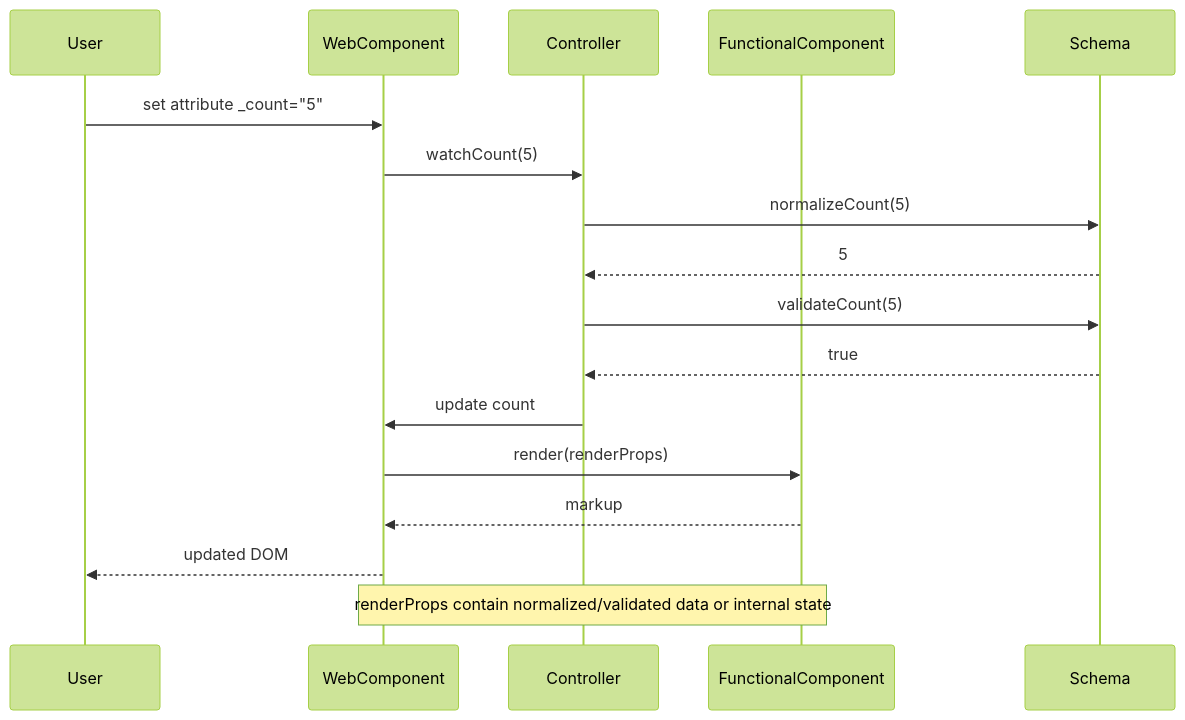
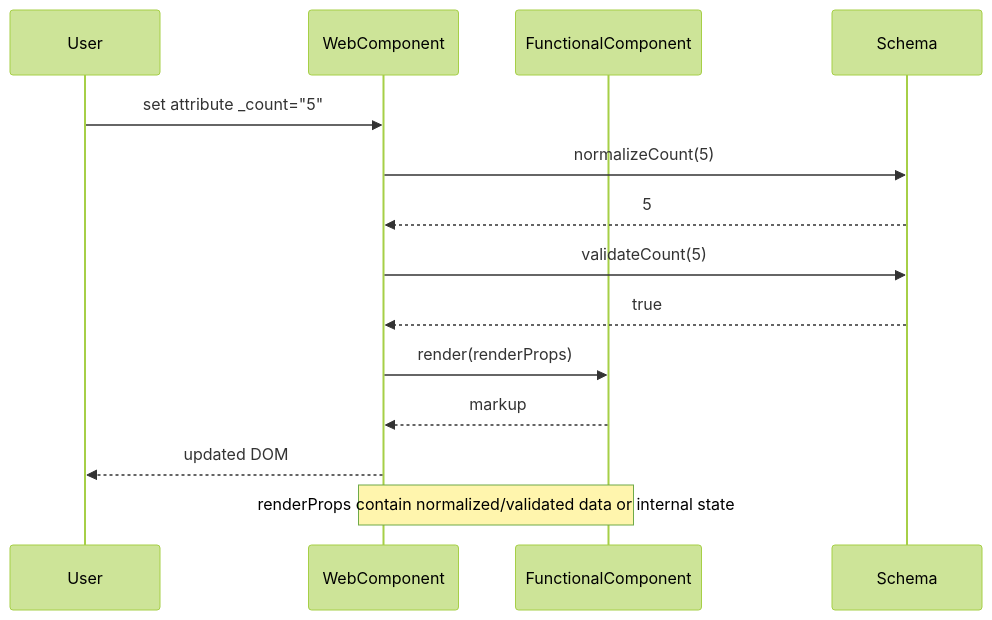
Before and after one commit to deleonio/kolibri: the third of 3 diagrams in packages/components/src/components/_skeleton/ARC42.md, drawn with Mermaid (forest theme). The commit also changed other lines of this file and 6 other files, not shown here.

````diff
--- a/packages/components/src/components/_skeleton/ARC42.md
+++ b/packages/components/src/components/_skeleton/ARC42.md
@@ -142,19 +135,16 @@
 ```mermaid
 sequenceDiagram
     participant U as User
     participant WC as WebComponent
-    participant CTRL as Controller
     participant FC as FunctionalComponent
     participant S as Schema
     U->>WC: set attribute _count="5"
-    WC->>CTRL: watchCount(5)
-    CTRL->>S: normalizeCount(5)
-    S-->>CTRL: 5
-    CTRL->>S: validateCount(5)
-    S-->>CTRL: true
-    CTRL->>WC: update count
+    WC->>S: normalizeCount(5)
+    S-->>WC: 5
+    WC->>S: validateCount(5)
+    S-->>WC: true
     WC->>FC: render(renderProps)
     FC-->>WC: markup
     WC-->>U: updated DOM
     Note over FC,WC: renderProps contain normalized/validated data or internal state
 ```
````
